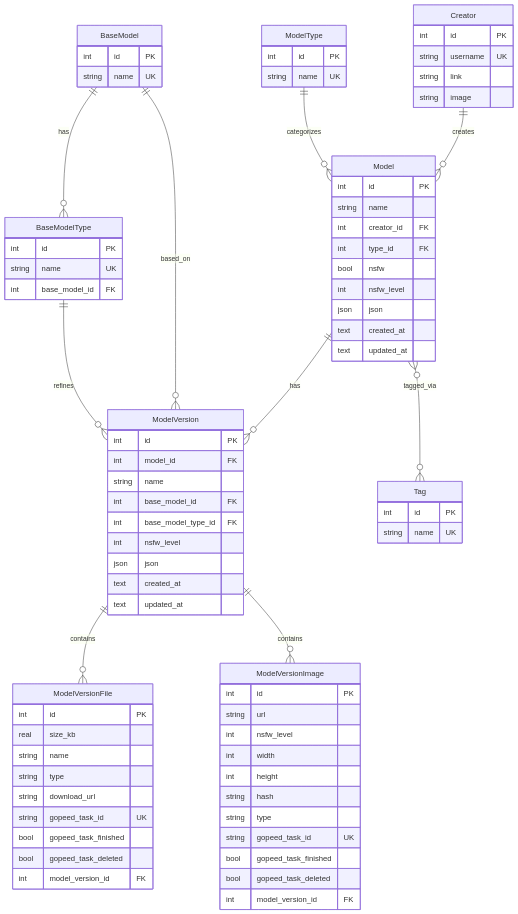
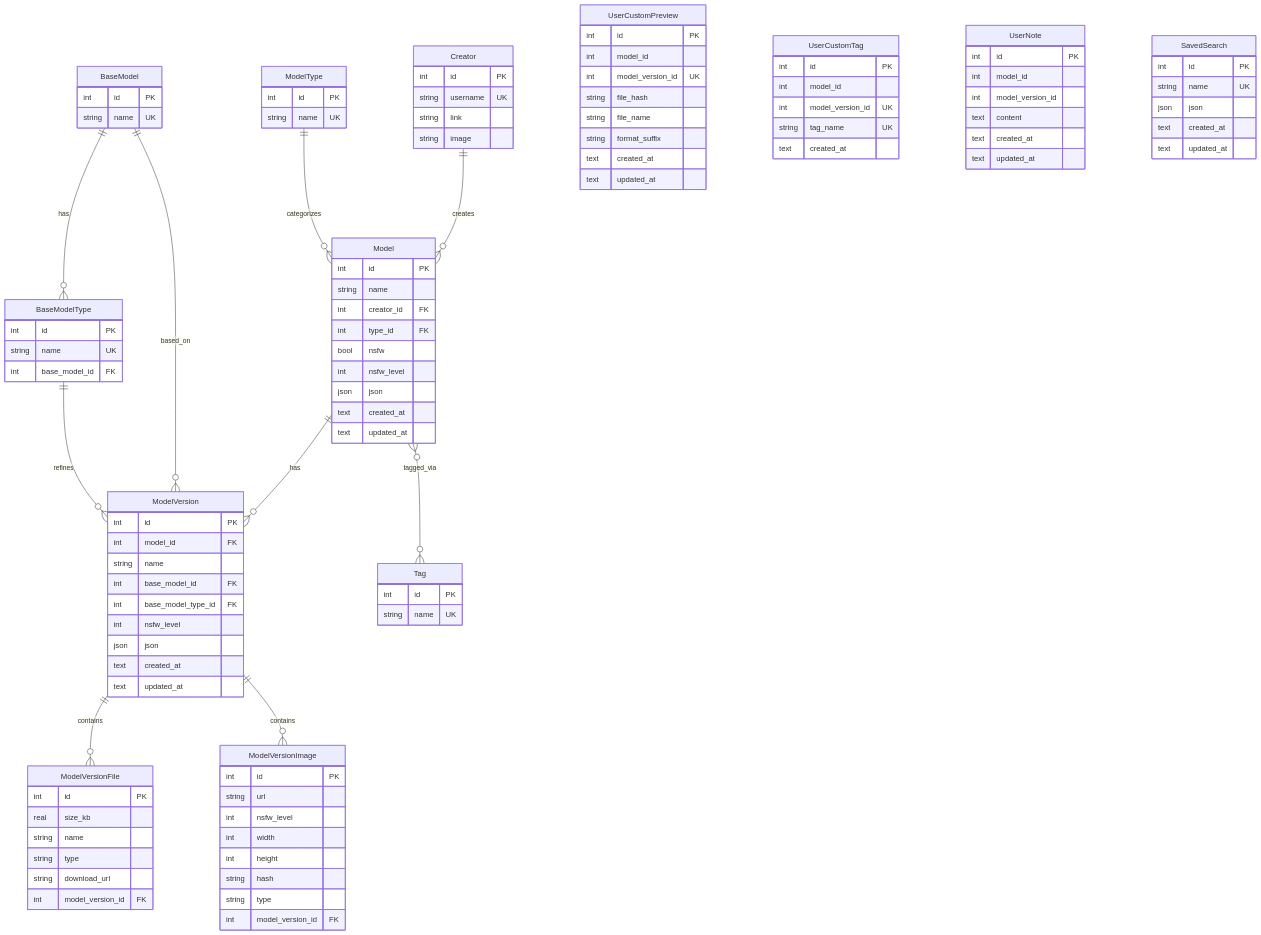
The diagram in lib/db/SCHEMA.md (UniversalProgressions/flutter_civitai_box), drawn with Mermaid before and after one commit. The commit also changed other lines of this file and 19 other files, not shown here.

````diff
--- a/lib/db/SCHEMA.md
+++ b/lib/db/SCHEMA.md
@@ -70,9 +70,6 @@
         string name
         string type
         string download_url
-        string gopeed_task_id UK
-        bool gopeed_task_finished
-        bool gopeed_task_deleted
         int model_version_id FK
     }
     ModelVersionImage {
@@ -83,9 +80,38 @@
         int height
         string hash
         string type
-        string gopeed_task_id UK
-        bool gopeed_task_finished
-        bool gopeed_task_deleted
         int model_version_id FK
     }
+    UserCustomPreview {
+        int id PK
+        int model_id
+        int model_version_id UK
+        string file_hash
+        string file_name
+        string format_suffix
+        text created_at
+        text updated_at
+    }
+    UserCustomTag {
+        int id PK
+        int model_id
+        int model_version_id UK
+        string tag_name UK
+        text created_at
+    }
+    UserNote {
+        int id PK
+        int model_id
+        int model_version_id
+        text content
+        text created_at
+        text updated_at
+    }
+    SavedSearch {
+        int id PK
+        string name UK
+        json json
+        text created_at
+        text updated_at
+    }
 ```
````
